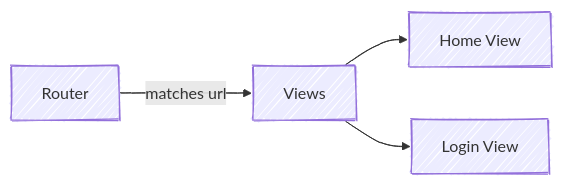
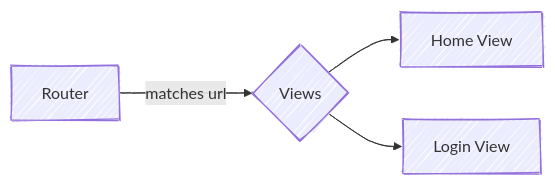
The second of 2 diagrams in common-content/en/module/legacy/navigation/index.md (CodeYourFuture/curriculum), drawn with Mermaid before and after one commit. The commit also changed other lines of this file and 1 other file, not shown here.

````diff
--- a/common-content/en/module/legacy/navigation/index.md
+++ b/common-content/en/module/legacy/navigation/index.md
@@ -95,10 +110,10 @@
 ```mermaid
 ---
 config:
   look: handDrawn
 ---
 graph LR
-    A[Router] -->|matches url| B[Views]
+    A[Router] -->|matches url| B{Views}
     B --> C[Home View]
     B --> D[Login View]
 ```
````
